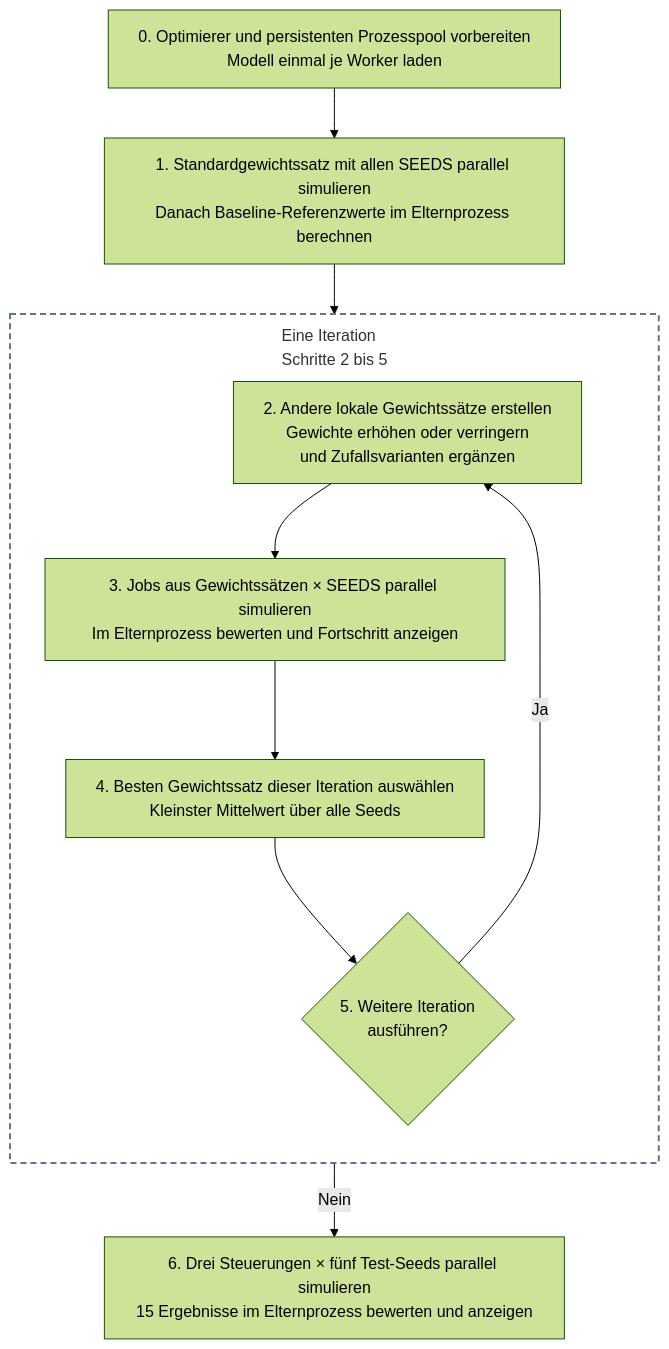
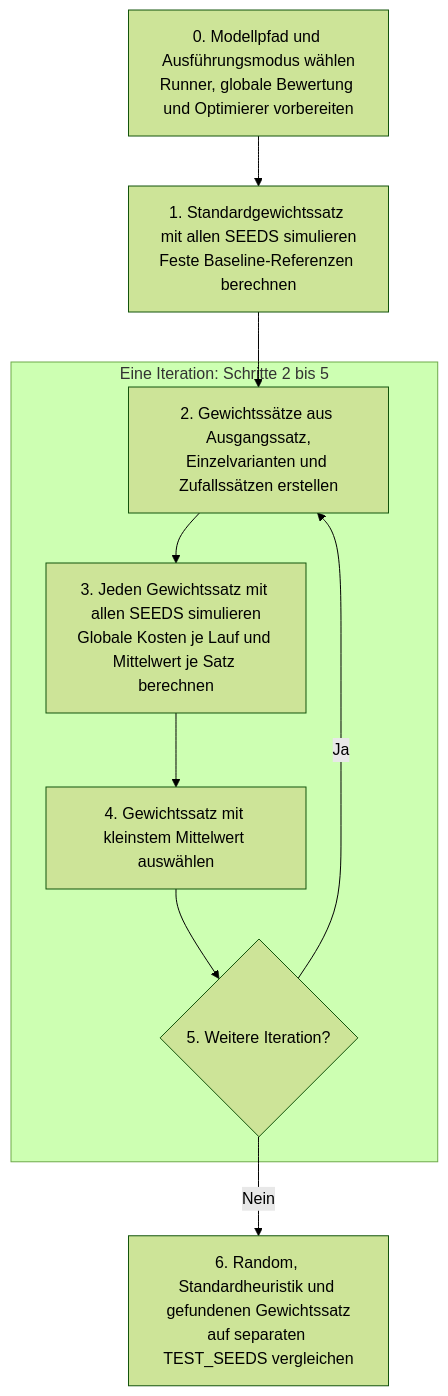
Diagram 12 of 14 in README.md (ghackenberg/SpineML), drawn with Mermaid (forest theme) before and after one commit. The commit also changed other lines of this file and 52 other files, not shown here.

Commit message:
Separate policy architecture and publish RL environment and runtime tools

````diff
--- a/README.md
+++ b/README.md
@@ -2413,29 +2632,15 @@
 ```mermaid
----
-config:
-  flowchart:
-    wrappingWidth: 400
-    rankSpacing: 50
-    subGraphTitleMargin:
-      top: 10
-      bottom: 20
----
 flowchart TD
-    P["0. Optimierer und persistenten Prozesspool vorbereiten<br/>Modell einmal je Worker laden"]
-    A["1. Standardgewichtssatz mit allen SEEDS parallel simulieren<br/>Danach Baseline-Referenzwerte im Elternprozess berechnen"]
-
-    subgraph Iteration["Eine Iteration<br/>Schritte 2 bis 5"]
-        direction TB
-        B["2. Andere lokale Gewichtssätze erstellen<br/>Gewichte erhöhen oder verringern<br/>und Zufallsvarianten ergänzen"]
-        B --> C["3. Jobs aus Gewichtssätzen × SEEDS parallel simulieren<br/>Im Elternprozess bewerten und Fortschritt anzeigen"]
-        C --> D["4. Besten Gewichtssatz dieser Iteration auswählen<br/>Kleinster Mittelwert über alle Seeds"]
-        D --> E{"5. Weitere Iteration<br/>ausführen?"}
-    end
-
+    P["0. Modellpfad und Ausführungsmodus wählen<br/>Runner, globale Bewertung und Optimierer vorbereiten"]
+    A["1. Standardgewichtssatz mit allen SEEDS simulieren<br/>Feste Baseline-Referenzen berechnen"]
     P --> A
     A --> B
+    subgraph Iteration["Eine Iteration: Schritte 2 bis 5"]
+        B["2. Gewichtssätze aus Ausgangssatz,<br/>Einzelvarianten und Zufallssätzen erstellen"]
+        B --> C["3. Jeden Gewichtssatz mit allen SEEDS simulieren<br/>Globale Kosten je Lauf und Mittelwert je Satz berechnen"]
+        C --> D["4. Gewichtssatz mit kleinstem Mittelwert auswählen"]
+        D --> E{"5. Weitere Iteration?"}
+    end
     E -- Ja --> B
-    E -- Nein --> F["6. Drei Steuerungen × fünf Test-Seeds parallel simulieren<br/>15 Ergebnisse im Elternprozess bewerten und anzeigen"]
-
-    style Iteration fill:transparent,stroke:#64748b,stroke-width:2px,stroke-dasharray:6 4
+    E -- Nein --> F["6. Random, Standardheuristik und gefundenen Gewichtssatz<br/>auf separaten TEST_SEEDS vergleichen"]
 ```
````
